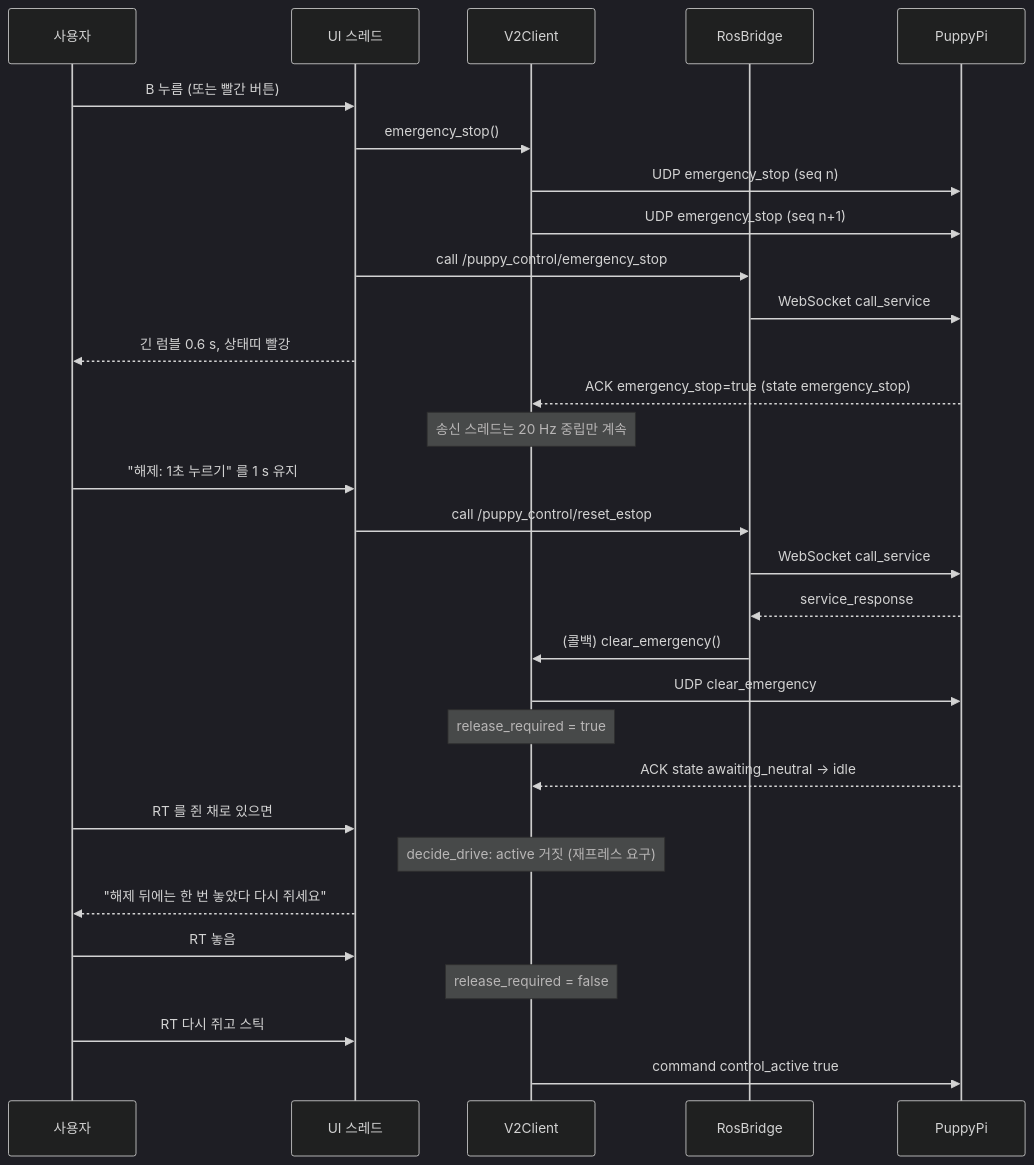
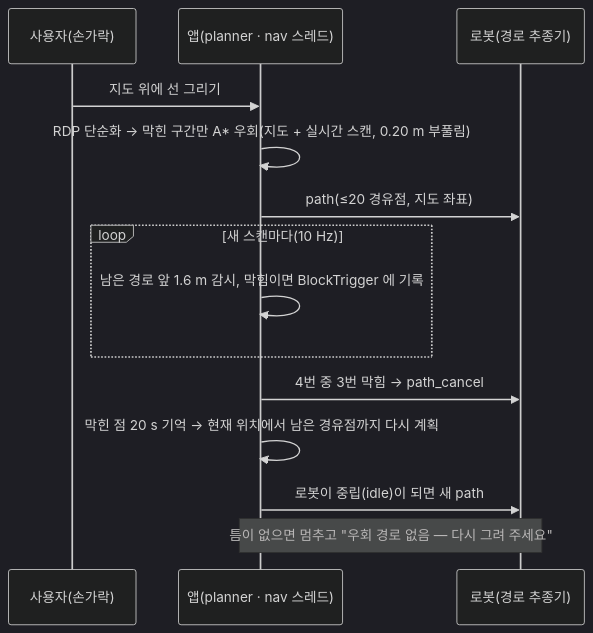
One commit to Ksyear/puppypi_heukgalli changed the third of 3 diagrams in docs/ARCHITECTURE.md. Above: the diagram before and after it, drawn with Mermaid (dark theme). The commit also changed other lines of this file and 6 other files, not shown here.

Commit message:
Docs: architecture rewrite (LiDAR, planner, threads, v2 UI), code tour, refreshed screenshots

````diff
--- a/docs/ARCHITECTURE.md
+++ b/docs/ARCHITECTURE.md
@@ -225,35 +80,16 @@
 ```mermaid
 sequenceDiagram
-    participant U as 사용자
-    participant UI as UI 스레드
-    participant V2 as V2Client
-    participant RB as RosBridge
-    participant R as PuppyPi
-
-    U->>UI: B 누름 (또는 빨간 버튼)
-    UI->>V2: emergency_stop()
-    V2->>R: UDP emergency_stop (seq n)
-    V2->>R: UDP emergency_stop (seq n+1)
-    UI->>RB: call /puppy_control/emergency_stop
-    RB->>R: WebSocket call_service
-    UI-->>U: 긴 럼블 0.6 s, 상태띠 빨강
-    R-->>V2: ACK emergency_stop=true (state emergency_stop)
-    Note over V2: 송신 스레드는 20 Hz 중립만 계속
-
-    U->>UI: "해제: 1초 누르기" 를 1 s 유지
-    UI->>RB: call /puppy_control/reset_estop
-    RB->>R: WebSocket call_service
-    R-->>RB: service_response
-    RB->>V2: (콜백) clear_emergency()
-    V2->>R: UDP clear_emergency
-    Note over V2: release_required = true
-    R-->>V2: ACK state awaiting_neutral → idle
-
-    U->>UI: RT 를 쥔 채로 있으면
-    Note over V2: decide_drive: active 거짓 (재프레스 요구)
-    UI-->>U: "해제 뒤에는 한 번 놓았다 다시 쥐세요"
-    U->>UI: RT 놓음
-    Note over V2: release_required = false
-    U->>UI: RT 다시 쥐고 스틱
-    V2->>R: command control_active true
+  participant U as 사용자(손가락)
+  participant A as 앱(planner · nav 스레드)
+  participant R as 로봇(경로 추종기)
+  U->>A: 지도 위에 선 그리기
+  A->>A: RDP 단순화 → 막힌 구간만 A* 우회(지도 + 실시간 스캔, 0.20 m 부풀림)
+  A->>R: path(≤20 경유점, 지도 좌표)
+  loop 새 스캔마다(10 Hz)
+    A->>A: 남은 경로 앞 1.6 m 감시, 막힘이면 BlockTrigger 에 기록
+  end
+  A->>R: 4번 중 3번 막힘 → path_cancel
+  A->>A: 막힌 점 20 s 기억 → 현재 위치에서 남은 경유점까지 다시 계획
+  A->>R: 로봇이 중립(idle)이 되면 새 path
+  Note over A,R: 틈이 없으면 멈추고 "우회 경로 없음 — 다시 그려 주세요"
 ```
````
